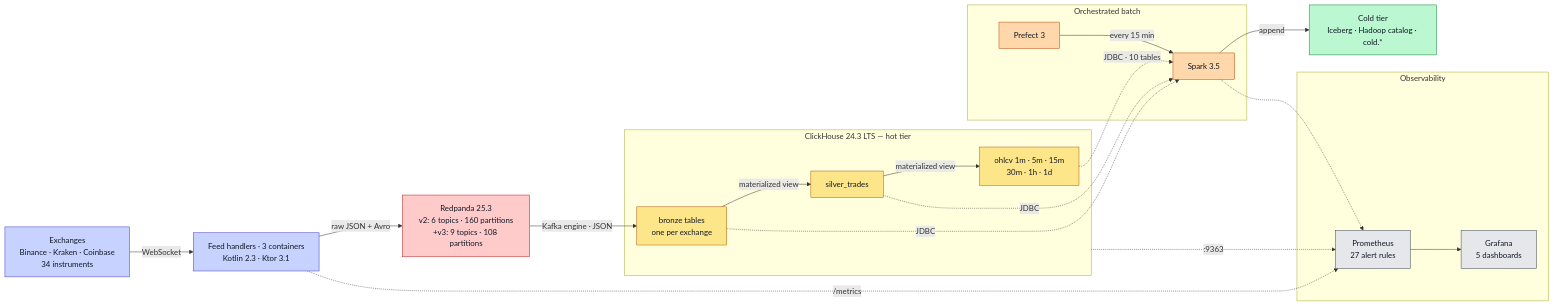
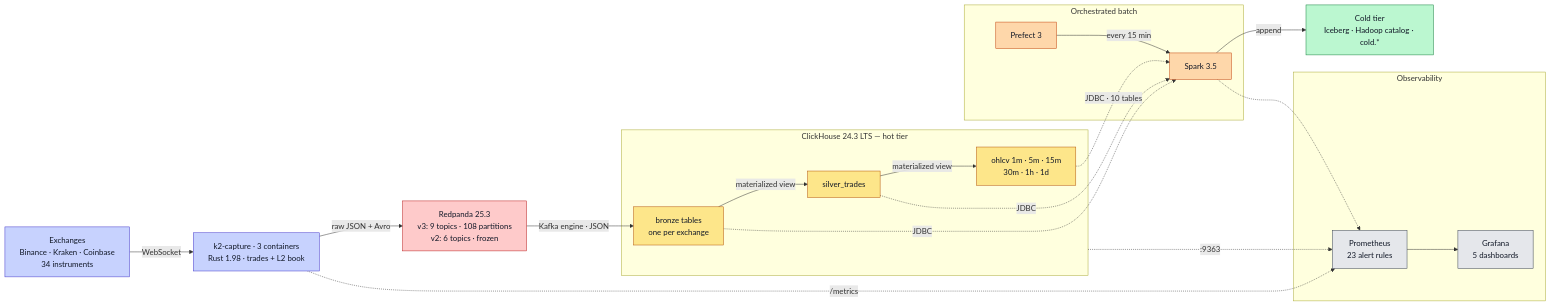
Before and after one commit to rjdscott/k2-market-data-platform: the first of 2 diagrams in README.md, drawn with Mermaid. The commit also changed other lines of this file and 84 other files, not shown here.

First line of the commit message:
chore(v3): retire the Kotlin feed handlers — Rust capture is the only ingest (#72)

````diff
--- a/README.md
+++ b/README.md
@@ -32,42 +35,42 @@
 ```mermaid
 flowchart LR
   E["Exchanges<br/>Binance · Kraken · Coinbase<br/>34 instruments"]:::kt
-  F["Feed handlers · 3 containers<br/>Kotlin 2.3 · Ktor 3.1"]:::kt
-  R["Redpanda 25.3<br/>v2: 6 topics · 160 partitions<br/>+v3: 9 topics · 108 partitions"]:::rp
+  F["k2-capture · 3 containers<br/>Rust 1.98 · trades + L2 book"]:::kt
+  R["Redpanda 25.3<br/>v3: 9 topics · 108 partitions<br/>v2: 6 topics · frozen"]:::rp
   subgraph CH["ClickHouse 24.3 LTS — hot tier"]
     B["bronze tables<br/>one per exchange"]:::ch
     S["silver_trades"]:::ch
     G["ohlcv 1m · 5m · 15m<br/>30m · 1h · 1d"]:::ch
   end
   subgraph BATCH["Orchestrated batch"]
     P["Prefect 3"]:::sp
     K["Spark 3.5"]:::sp
   end
   I["Cold tier<br/>Iceberg · Hadoop catalog · cold.*"]:::st
   subgraph OBS["Observability"]
-    M["Prometheus<br/>27 alert rules"]:::ob
+    M["Prometheus<br/>23 alert rules"]:::ob
     D["Grafana<br/>5 dashboards"]:::ob
   end
 
   E -->|WebSocket| F
   F -->|"raw JSON + Avro"| R
   R -->|"Kafka engine · JSON"| B
   B -->|materialized view| S
   S -->|materialized view| G
   P -->|every 15 min| K
   B -.->|JDBC| K
   S -.->|JDBC| K
   G -.->|"JDBC · 10 tables"| K
   K -->|append| I
   F -.->|/metrics| M
   CH -.->|:9363| M
   K -.-> M
   M --> D
 
   classDef kt fill:#c7d2fe,stroke:#4338ca,color:#111827
   classDef rp fill:#fecaca,stroke:#b91c1c,color:#111827
   classDef ch fill:#fde68a,stroke:#b45309,color:#111827
   classDef sp fill:#fed7aa,stroke:#c2410c,color:#111827
   classDef st fill:#bbf7d0,stroke:#15803d,color:#111827
   classDef ob fill:#e5e7eb,stroke:#374151,color:#111827
 ```
````
